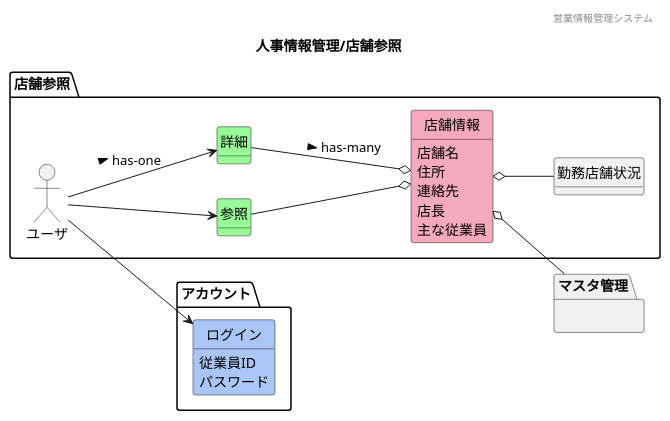
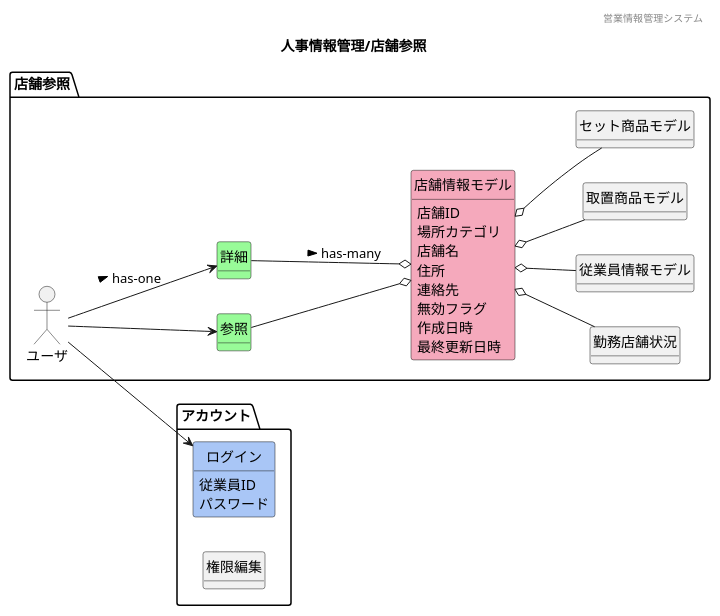
One commit to HaruShim/Sotuken changed the diagram in 各種設計書/1ドメインモデル図/人事情報管理/F13店舗参照.plantuml. Above: the diagram before and after it, drawn with PlantUML. The commit also changed 16 other files, not shown here.

```diff
--- a/各種設計書/1ドメインモデル図/人事情報管理/F13店舗参照.plantuml
+++ b/各種設計書/1ドメインモデル図/人事情報管理/F13店舗参照.plantuml
@@ -1,53 +1,58 @@
 @startuml images/人事情報管理/店舗参照
 ' ヘッダー
 header 営業情報管理システム
 ' タイトル
 title 人事情報管理/店舗参照
 ' 
 hide circle
 ' 
 hide method
 left to right direction
 
 package "アカウント"{
     class "ログイン" #A9C6F6
+    class "権限編集"
 }
 
 package "店舗参照" {
     'ユーザや外部システム
     mix_actor "ユーザ"
     class "参照" #98fb98
     class "詳細" #98fb98
-    class "店舗情報" #F5A9BC
+    class "店舗情報モデル" #F5A9BC
     class "勤務店舗状況"
+    class "従業員情報モデル"
+    class "取置商品モデル"
+    class "セット商品モデル"
 }
-    package "マスタ管理"{
-    }
-    ' class "" #F5A9BC
-    ' class "" #ffd700
+    ' package "マスタ管理"{
+    ' }
 
     'モデル同士の関係
     ユーザ --> 参照
     ユーザ --> 詳細 : > has-one
     ユーザ --> ログイン
-    参照 --o 店舗情報
-    詳細 --o 店舗情報 : > has-many
-    店舗情報 o-- 勤務店舗状況
-    店舗情報 o-- マスタ管理
+    参照 --o 店舗情報モデル
+    詳細 --o 店舗情報モデル : > has-many
+    店舗情報モデル o-- 勤務店舗状況
+    店舗情報モデル o-- 従業員情報モデル
+    店舗情報モデル o-- 取置商品モデル
+    店舗情報モデル o-- セット商品モデル
+    ' 店舗情報モデル o-- マスタ管理
 
     'ドメインクラスの属性
-    店舗情報 : 店舗名
-    店舗情報 : 住所
-    店舗情報 : 連絡先
-    店舗情報 : 店長
-    店舗情報 : 主な従業員
-    ' 勤務店舗状況 : 店舗名
-    ' 勤務店舗状況 : 従業員数
-    ' 勤務店舗状況 : 責任者
+    店舗情報モデル : 店舗ID
+    店舗情報モデル : 場所カテゴリ
+    店舗情報モデル : 店舗名
+    店舗情報モデル : 住所
+    店舗情報モデル : 連絡先
+    店舗情報モデル : 無効フラグ
+    店舗情報モデル : 作成日時
+    店舗情報モデル : 最終更新日時
     ログイン : 従業員ID
     ログイン : パスワード
 
 
 
 
 @enduml
```
